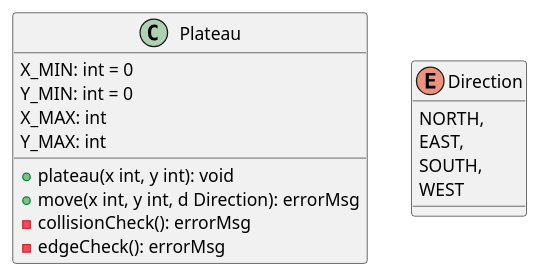
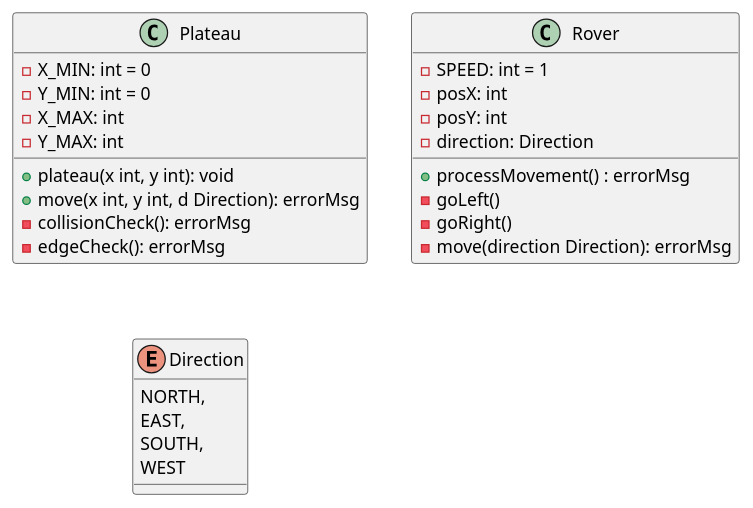
The diagram in mars-rover.puml (abinormal/mars-rover-kata), drawn with PlantUML before and after one commit.

Commit message:
Added the Rover class to the diagram.

```diff
--- a/mars-rover.puml
+++ b/mars-rover.puml
@@ -1,26 +1,37 @@
 @startuml
 'https://plantuml.com/class-diagram
 
 
 
 class Plateau {
-X_MIN: int = 0
-Y_MIN: int = 0
-X_MAX: int
-Y_MAX: int
+- X_MIN: int = 0
+- Y_MIN: int = 0
+- X_MAX: int
+- Y_MAX: int
 ' Other rover position?
 
 + plateau(x int, y int): void
 + move(x int, y int, d Direction): errorMsg
 - collisionCheck(): errorMsg
 - edgeCheck(): errorMsg
+}
+
+class Rover {
+- SPEED: int = 1
+- posX: int
+- posY: int
+- direction: Direction
++ processMovement() : errorMsg
+- goLeft()
+- goRight()
+- move(direction Direction): errorMsg
 }
 
 enum Direction {
 NORTH,
 EAST,
 SOUTH,
 WEST
 }
 
 @enduml
```
